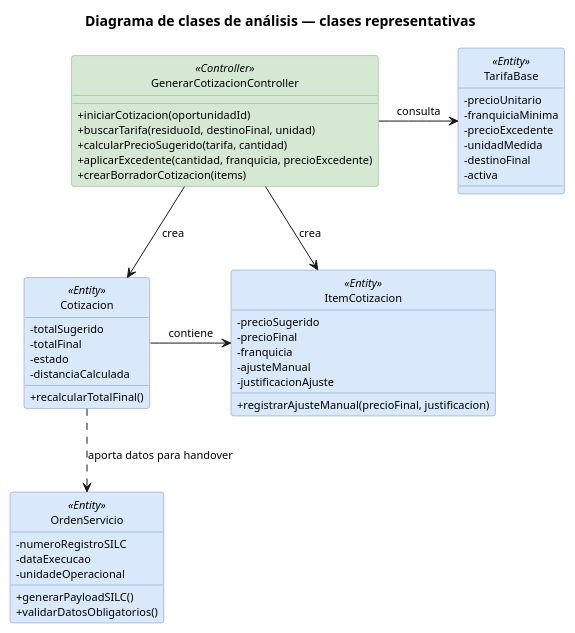
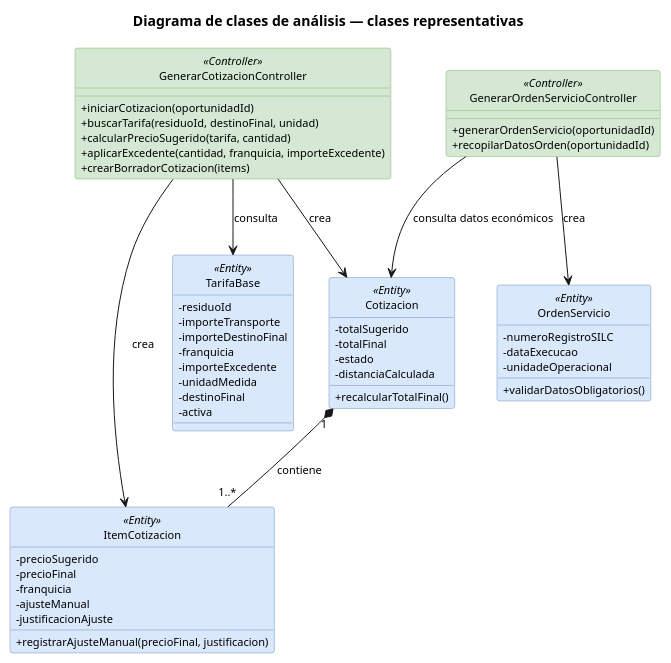
The diagram in docs/analisis-diseno/3.3-analisis-clases/clases-representativas.puml (BrendaLopes/TFG-CRM-BROOKS), drawn with PlantUML before and after one commit. The commit also changed 17 other files, not shown here.

Commit message:
ultimas correciones diagramas arquitectura

```diff
--- a/docs/analisis-diseno/3.3-analisis-clases/clases-representativas.puml
+++ b/docs/analisis-diseno/3.3-analisis-clases/clases-representativas.puml
@@ -1,65 +1,73 @@
 @startuml
 title Diagrama de clases de análisis — clases representativas
 
 skinparam shadowing false
 skinparam classAttributeIconSize 0
 skinparam defaultFontSize 11
 hide circle
 
 skinparam class {
   BackgroundColor<<Controller>> #d5e8d4
   BorderColor<<Controller>> #82b366
   BackgroundColor<<Entity>> #dae8fc
   BorderColor<<Entity>> #6c8ebf
 }
 
 class GenerarCotizacionController <<Controller>> {
   + iniciarCotizacion(oportunidadId)
   + buscarTarifa(residuoId, destinoFinal, unidad)
   + calcularPrecioSugerido(tarifa, cantidad)
-  + aplicarExcedente(cantidad, franquicia, precioExcedente)
+  + aplicarExcedente(cantidad, franquicia, importeExcedente)
   + crearBorradorCotizacion(items)
+}
+
+class GenerarOrdenServicioController <<Controller>> {
+  + generarOrdenServicio(oportunidadId)
+  + recopilarDatosOrden(oportunidadId)
+}
+
+class TarifaBase <<Entity>> {
+  - residuoId
+  - importeTransporte
+  - importeDestinoFinal
+  - franquicia
+  - importeExcedente
+  - unidadMedida
+  - destinoFinal
+  - activa
 }
 
 class Cotizacion <<Entity>> {
   - totalSugerido
   - totalFinal
   - estado
   - distanciaCalculada
   + recalcularTotalFinal()
 }
 
 class ItemCotizacion <<Entity>> {
   - precioSugerido
   - precioFinal
   - franquicia
   - ajusteManual
   - justificacionAjuste
   + registrarAjusteManual(precioFinal, justificacion)
 }
 
-class TarifaBase <<Entity>> {
-  - precioUnitario
-  - franquiciaMinima
-  - precioExcedente
-  - unidadMedida
-  - destinoFinal
-  - activa
-}
-
 class OrdenServicio <<Entity>> {
   - numeroRegistroSILC
   - dataExecucao
   - unidadeOperacional
-  + generarPayloadSILC()
   + validarDatosObligatorios()
 }
 
-GenerarCotizacionController -down-> Cotizacion : crea
-GenerarCotizacionController -down-> ItemCotizacion : crea
-GenerarCotizacionController -right-> TarifaBase : consulta
+GenerarCotizacionController --> TarifaBase : consulta
+GenerarCotizacionController --> Cotizacion : crea
+GenerarCotizacionController --> ItemCotizacion : crea
 
-Cotizacion -right-> ItemCotizacion : contiene
-Cotizacion ..> OrdenServicio : aporta datos para handover
+Cotizacion "1" *-- "1..*" ItemCotizacion : contiene
+
+GenerarOrdenServicioController --> Cotizacion : consulta datos económicos
+GenerarOrdenServicioController --> OrdenServicio : crea
 
 @enduml
```
